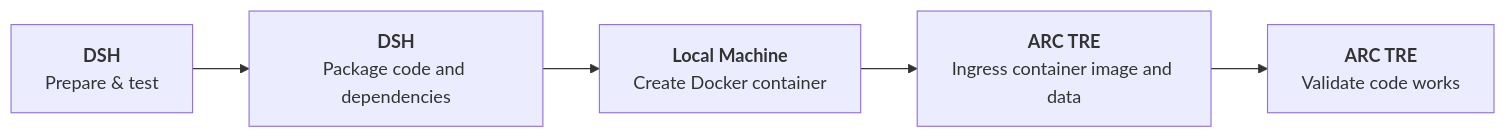
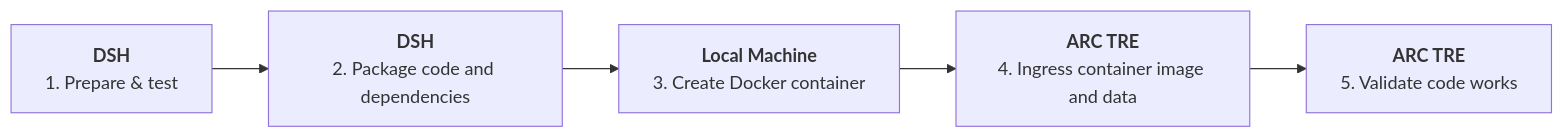
Before and after one commit to mxochicale/PLAYGROUND-dsh-tre-migrating-projects: the diagram in python/README.md, drawn with Mermaid. The commit also changed other lines of this file, not shown here.

Commit message:
minor changes to the diagram

````diff
--- a/python/README.md
+++ b/python/README.md
@@ -4,7 +4,7 @@
 ```mermaid
 flowchart LR
-    A["<b>DSH</b><br/>Prepare & test"] --> B["<b>DSH</b><br/>Package code and dependencies"]
-    B --> C["<b>Local Machine</b><br/>Create Docker container"]
-    C --> D["<b>ARC TRE</b><br/>Ingress container image and data"]
-    D --> E["<b>ARC TRE</b><br/>Validate code works"]
+    A["<b>DSH</b><br/>1. Prepare & test"] --> B["<b>DSH</b><br/>2. Package code and dependencies"]
+    B --> C["<b>Local Machine</b><br/>3. Create Docker container"]
+    C --> D["<b>ARC TRE</b><br/>4. Ingress container image and data"]
+    D --> E["<b>ARC TRE</b><br/>5. Validate code works"]
 ```
````
